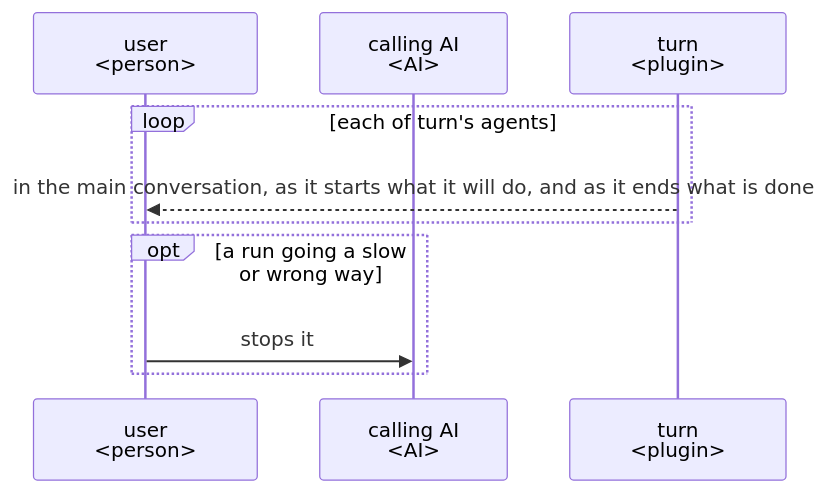
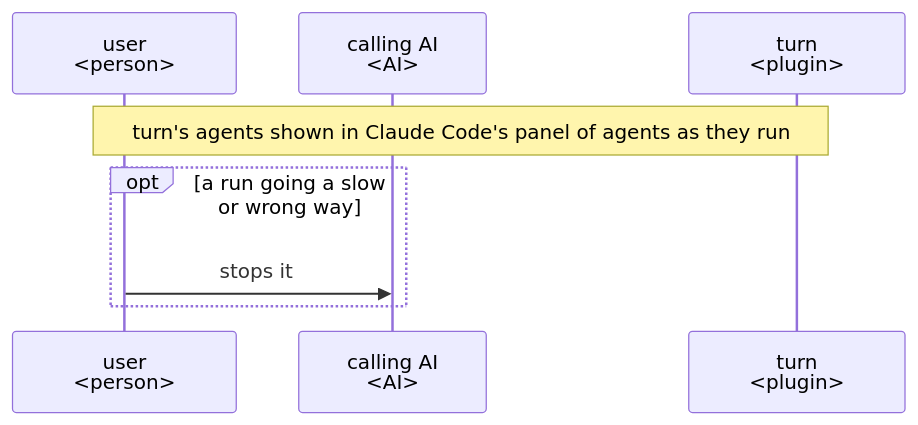
One commit to lovaizu/ccpm changed the second of 4 diagrams in dev/turn/ux.md. Above: the diagram before and after it, drawn with Mermaid. The commit also changed other lines of this file and 2 other files, not shown here.

First line of the commit message:
state: T39 under way, turn's UX and logical view made to the turn agreed in audit-purpose.md 4; its architecture, docs, prompts and scripts next

````diff
--- a/dev/turn/ux.md
+++ b/dev/turn/ux.md
@@ -60,12 +65,10 @@
 ```mermaid
 sequenceDiagram
   participant U as user<br/>#lt;person#gt;
   participant C as calling AI<br/>#lt;AI#gt;
   participant T as turn<br/>#lt;plugin#gt;
-  loop each of turn's agents
-    T-->>U: in the main conversation, as it starts what it will do, and as it ends what is done
-  end
+  Note over U,T: turn's agents shown in Claude Code's panel of agents as they run
   opt a run going a slow or wrong way
     U->>C: stops it
   end
 ```
````
